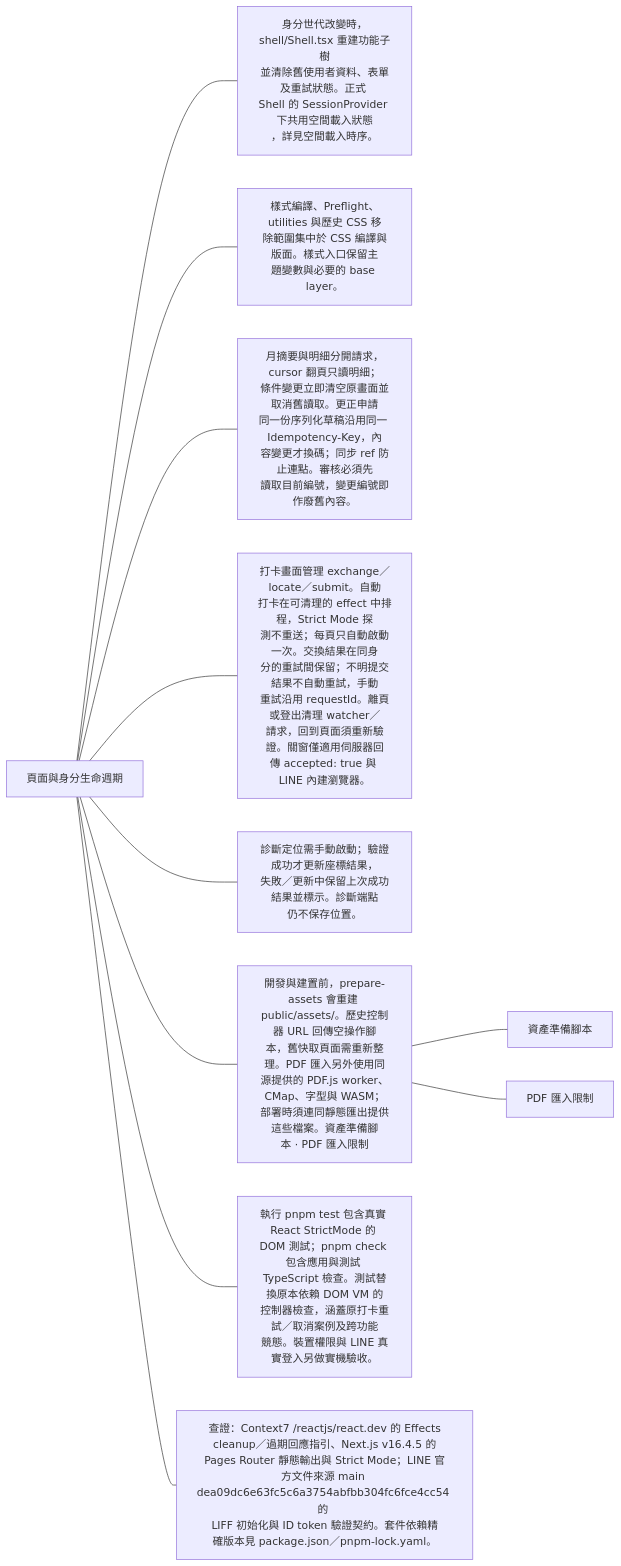
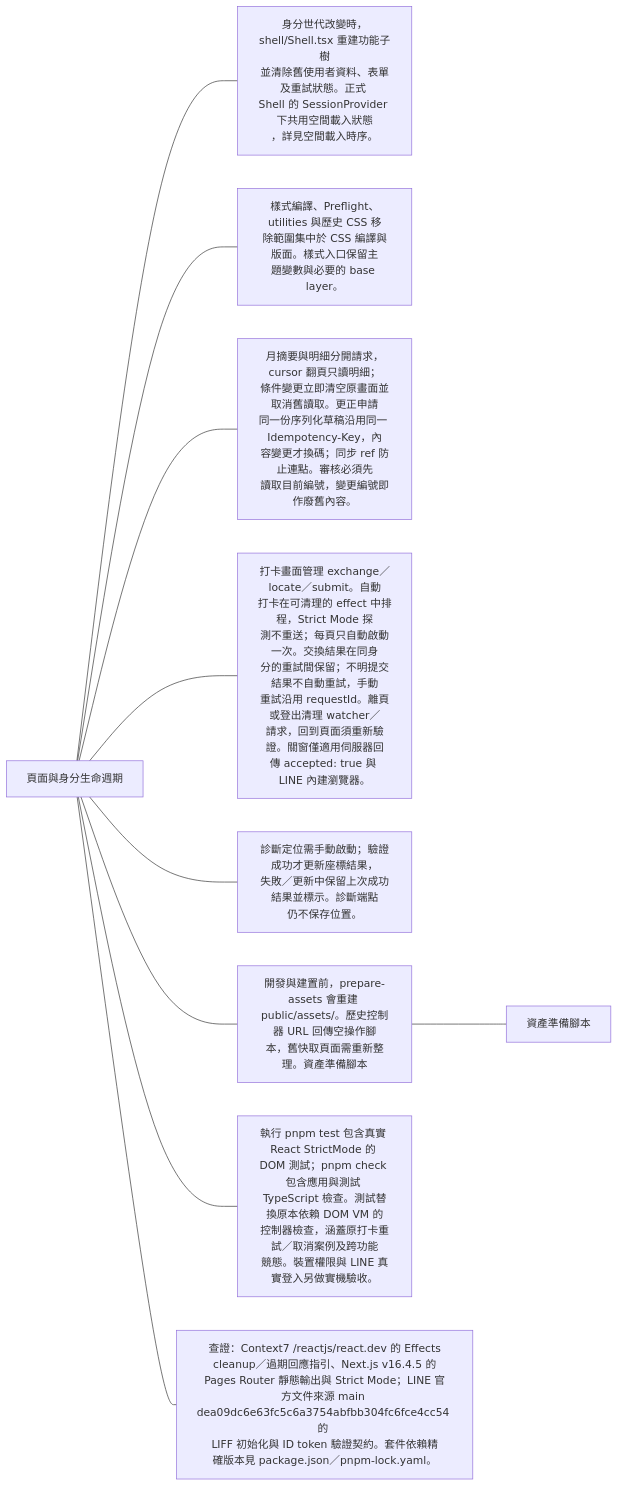
The third of 3 diagrams in docs/architecture/runtime/react-lifecycle.md (963sup/line-mini-app-bot), drawn with Mermaid before and after one commit. The commit also changed 100 other files, not shown here.

````diff
--- a/docs/architecture/runtime/react-lifecycle.md
+++ b/docs/architecture/runtime/react-lifecycle.md
@@ -31,18 +31,16 @@
 ```mermaid
 flowchart LR
   h["頁面與身分生命週期"]
   h --- n0["身分世代改變時，shell/Shell.tsx 重建功能子樹<br/>並清除舊使用者資料、表單及重試狀態。正式 <br/>Shell 的 SessionProvider 下共用空間載入狀態<br/>，詳見空間載入時序。"]
   click n0 "../../domains/repository/README.md#空間載入時序"
   h --- n1["樣式編譯、Preflight、utilities 與歷史 CSS 移<br/>除範圍集中於 CSS 編譯與版面。樣式入口保留主<br/>題變數與必要的 base layer。"]
   click n1 "../../development/tooling/mcp/shadcn.md#css-編譯與版面"
   h --- n2["月摘要與明細分開請求，cursor 翻頁只讀明細；<br/>條件變更立即清空原畫面並取消舊讀取。更正申請<br/>同一份序列化草稿沿用同一 Idempotency-Key，內<br/>容變更才換碼；同步 ref 防止連點。審核必須先<br/>讀取目前編號，變更編號即作廢舊內容。"]
   h --- n3["打卡畫面管理 exchange／locate／submit。自動<br/>打卡在可清理的 effect 中排程，Strict Mode 探<br/>測不重送；每頁只自動啟動一次。交換結果在同身<br/>分的重試間保留；不明提交結果不自動重試，手動<br/>重試沿用 requestId。離頁或登出清理 watcher／<br/>請求，回到頁面須重新驗證。關窗僅適用伺服器回<br/>傳 accepted: true 與 LINE 內建瀏覽器。"]
   h --- n4["診斷定位需手動啟動；驗證成功才更新座標結果，<br/>失敗／更新中保留上次成功結果並標示。診斷端點<br/>仍不保存位置。"]
-  h --- n5["開發與建置前，prepare-assets 會重建 <br/>public/assets/。歷史控制器 URL 回傳空操作腳<br/>本，舊快取頁面需重新整理。PDF 匯入另外使用同<br/>源提供的 PDF.js worker、CMap、字型與 WASM；<br/>部署時須連同靜態匯出提供這些檔案。資產準備腳<br/>本 · PDF 匯入限制"]
+  h --- n5["開發與建置前，prepare-assets 會重建 <br/>public/assets/。歷史控制器 URL 回傳空操作腳<br/>本，舊快取頁面需重新整理。資產準備腳本"]
   n5 --- n5l0["資產準備腳本"]
   click n5l0 "../../../scripts/tooling/prepare-miniapp-assets.mts"
-  n5 --- n5l1["PDF 匯入限制"]
-  click n5l1 "../../domains/objectimport/design.md"
   h --- n6["執行 pnpm test 包含真實 React StrictMode 的 <br/>DOM 測試；pnpm check 包含應用與測試 <br/>TypeScript 檢查。測試替換原本依賴 DOM VM 的<br/>控制器檢查，涵蓋原打卡重試／取消案例及跨功能<br/>競態。裝置權限與 LINE 真實登入另做實機驗收。"]
   h --- n7["查證：Context7 /reactjs/react.dev 的 Effects<br/> cleanup／過期回應指引、Next.js v16.4.5 的 <br/>Pages Router 靜態輸出與 Strict Mode；LINE 官<br/>方文件來源 main <br/>dea09dc6e63fc5c6a3754abfbb304fc6fce4cc54 的 <br/>LIFF 初始化與 ID token 驗證契約。套件依賴精<br/>確版本見 package.json／pnpm-lock.yaml。"]
 ```
````
